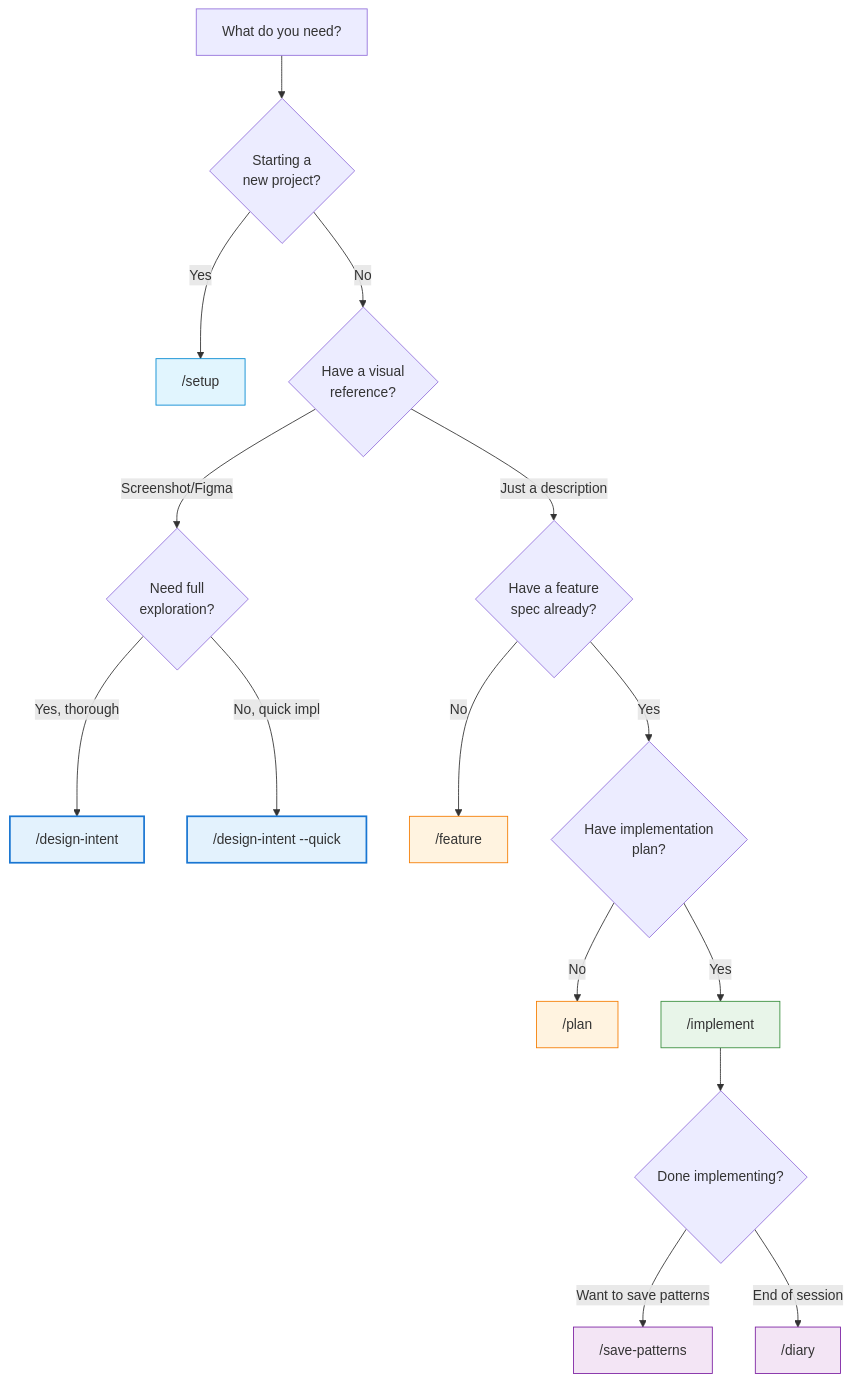
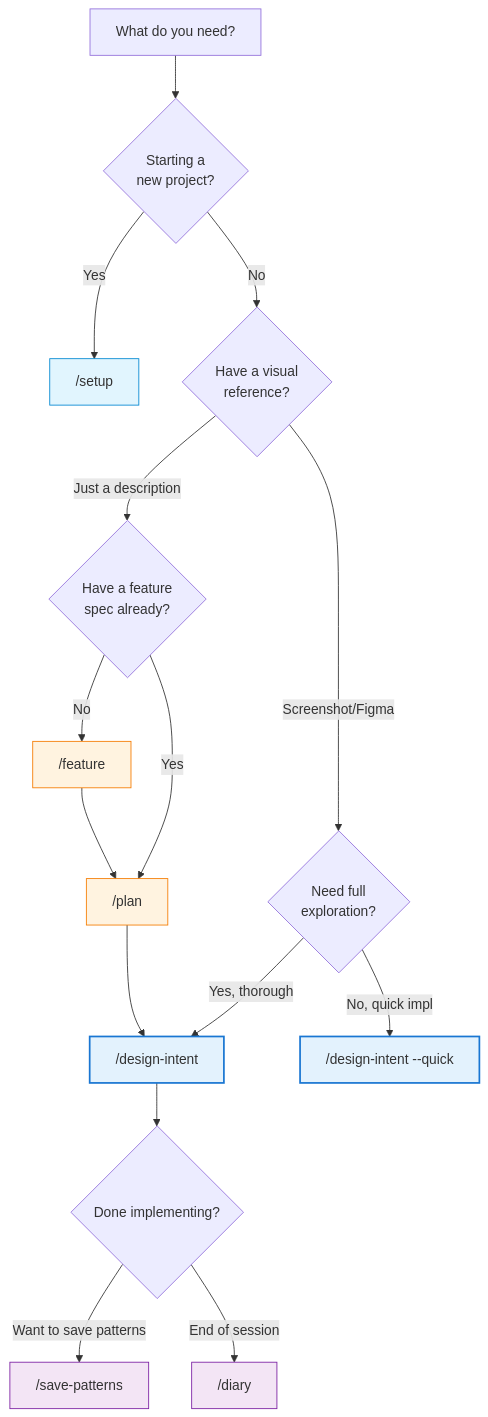
One commit to joaquimscosta/arkhe-claude-plugins changed the first of 4 diagrams in plugins/design-intent/README.md. Above: the diagram before and after it, drawn with Mermaid. The commit also changed other lines of this file and 91 other files, not shown here.

First line of the commit message:
refactor: agentic architecture improvements and Spring Boot enhancements (#20)

````diff
--- a/plugins/design-intent/README.md
+++ b/plugins/design-intent/README.md
@@ -107,38 +125,36 @@
 ```mermaid
 flowchart TD
     START["What do you need?"] --> Q1{"Starting a<br/>new project?"}
 
     Q1 -->|Yes| SETUP["/setup"]
     Q1 -->|No| Q2{"Have a visual<br/>reference?"}
 
     Q2 -->|"Screenshot/Figma"| Q3{"Need full<br/>exploration?"}
     Q2 -->|"Just a description"| Q4{"Have a feature<br/>spec already?"}
 
     Q3 -->|"Yes, thorough"| DESIGN_INTENT["/design-intent"]
     Q3 -->|"No, quick impl"| DESIGN_INTENT_QUICK["/design-intent --quick"]
 
     Q4 -->|No| FEATURE["/feature"]
-    Q4 -->|Yes| Q5{"Have implementation<br/>plan?"}
+    Q4 -->|Yes| PLAN["/plan"]
 
-    Q5 -->|No| PLAN["/plan"]
-    Q5 -->|Yes| IMPLEMENT["/implement"]
+    PLAN --> DESIGN_INTENT
+    FEATURE --> PLAN
 
-    IMPLEMENT --> Q6{"Done implementing?"}
-    Q6 -->|"Want to save patterns"| SAVE["/save-patterns"]
-    Q6 -->|"End of session"| DIARY["/diary"]
+    DESIGN_INTENT --> Q5{"Done implementing?"}
+    Q5 -->|"Want to save patterns"| SAVE["/save-patterns"]
+    Q5 -->|"End of session"| DIARY["/diary"]
 
     SETUP:::init
     FEATURE:::spec
     PLAN:::spec
-    IMPLEMENT:::build
     DESIGN_INTENT:::main
     DESIGN_INTENT_QUICK:::main
     SAVE:::capture
     DIARY:::capture
 
     classDef init fill:#e1f5fe,stroke:#0288d1
     classDef spec fill:#fff3e0,stroke:#f57c00
-    classDef build fill:#e8f5e9,stroke:#388e3c
     classDef main fill:#e3f2fd,stroke:#1976d2,stroke-width:2px
     classDef capture fill:#f3e5f5,stroke:#7b1fa2
 ```
````
